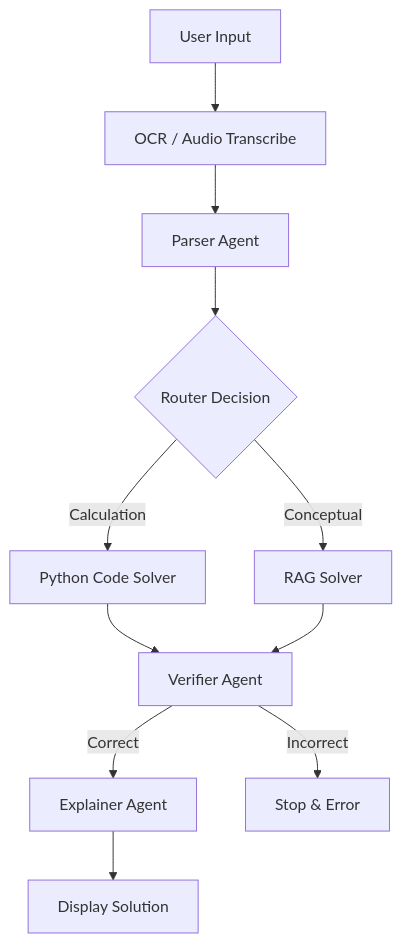
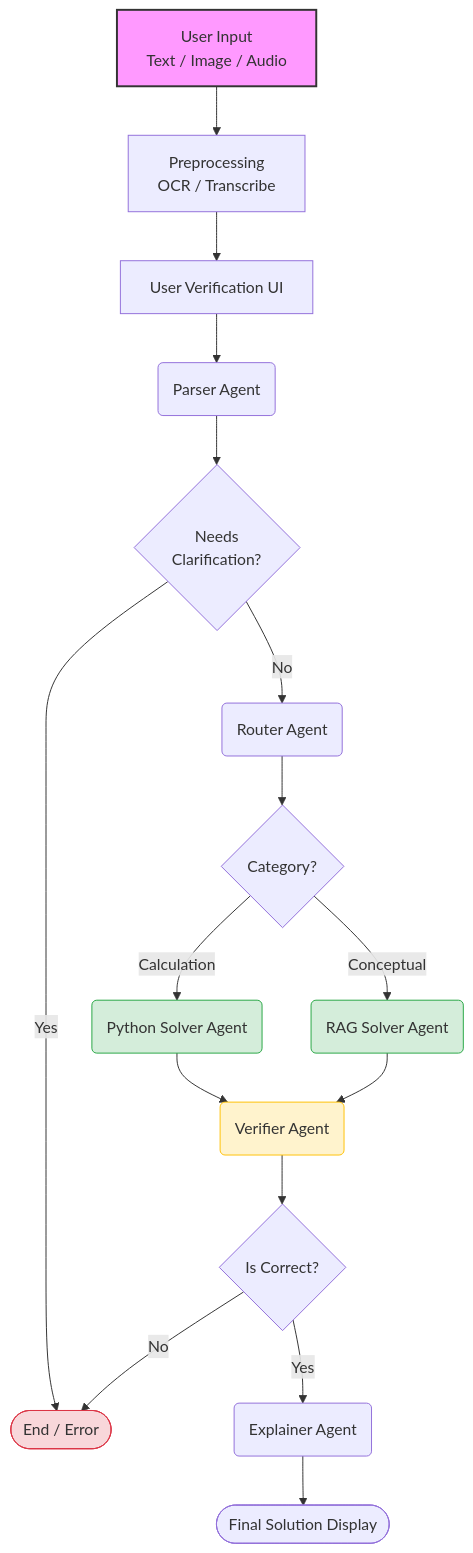
The diagram in Readme.md (Vamshi17one/multimodal-math-mentor), drawn with Mermaid before and after one commit. The commit also changed other lines of this file, not shown here.

Commit message:
Update README.md to enhance clarity and detail on features, usage, and system architecture

````diff
--- a/Readme.md
+++ b/Readme.md
@@ -41,17 +40,33 @@
 ```mermaid
 graph TD
-    Start[User Input] --> Processor[OCR / Audio Transcribe]
-    Processor --> Parser[Parser Agent]
-    Parser --> Router{Router Decision}
+    %% Nodes
+    Input[User Input <br> Text / Image / Audio] --> Pre[Preprocessing <br> OCR / Transcribe]
+    Pre --> UI_Verify[User Verification UI]
+    UI_Verify --> Parser(Parser Agent)
     
-    Router -- "Calculation" --> Python[Python Code Solver]
-    Router -- "Conceptual" --> RAG[RAG Solver]
+    Parser --> CheckClarify{Needs <br> Clarification?}
     
-    Python --> Verifier[Verifier Agent]
+    CheckClarify -- Yes --> End([End / Error])
+    CheckClarify -- No --> Router(Router Agent)
+    
+    Router --> CheckCat{Category?}
+    
+    CheckCat -- Calculation --> Python(Python Solver Agent)
+    CheckCat -- Conceptual --> RAG(RAG Solver Agent)
+    
+    Python --> Verifier(Verifier Agent)
     RAG --> Verifier
     
-    Verifier -- "Correct" --> Explainer[Explainer Agent]
-    Verifier -- "Incorrect" --> End[Stop & Error]
+    Verifier --> CheckCorrect{Is Correct?}
     
-    Explainer --> UI[Display Solution]
+    CheckCorrect -- No --> End
+    CheckCorrect -- Yes --> Explainer(Explainer Agent)
+    
+    Explainer --> Output([Final Solution Display])
+
+    style Input fill:#f9f,stroke:#333,stroke-width:2px
+    style Python fill:#d4edda,stroke:#28a745
+    style RAG fill:#d4edda,stroke:#28a745
+    style Verifier fill:#fff3cd,stroke:#ffc107
+    style End fill:#f8d7da,stroke:#dc3545
 ```
````
